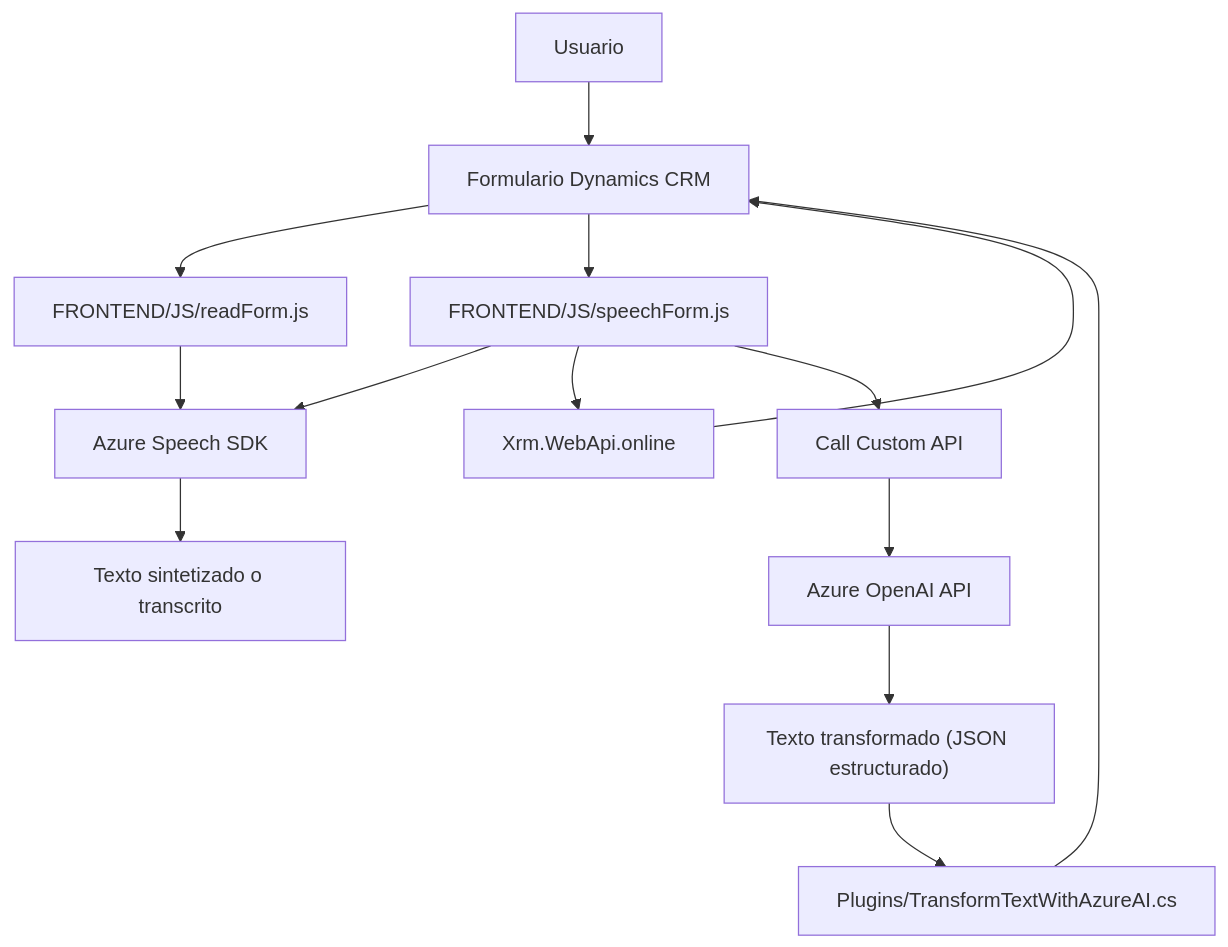
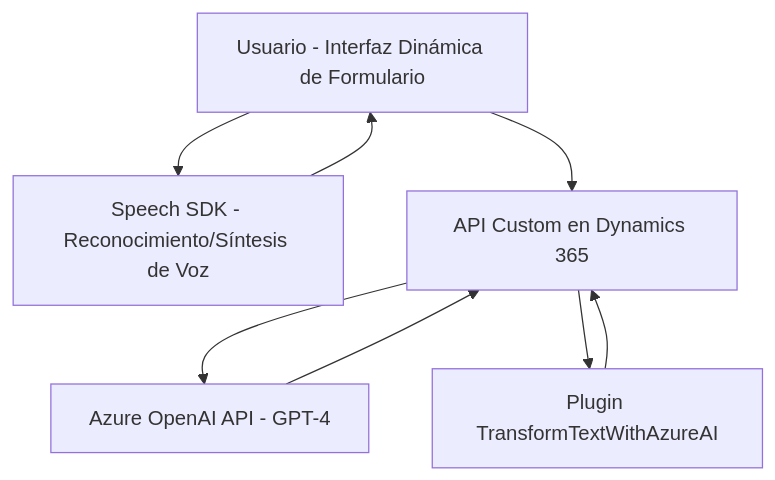
The diagram in README.md (blopezdm/NETCORE_BILBAO2025), drawn with Mermaid before and after one commit. The commit also changed other lines of this file, not shown here.

````diff
--- a/README.md
+++ b/README.md
@@ -47,21 +56,16 @@
 ```mermaid
 graph TD
-  A["Usuario"] --> B["Formulario Dynamics CRM"]
-  B --> C["FRONTEND/JS/readForm.js"]
-  B --> D["FRONTEND/JS/speechForm.js"]
-  
-  D --> E["Azure Speech SDK"]
-  C --> E
+    A["Usuario - Interfaz Dinámica de Formulario"]
+    B["Speech SDK - Reconocimiento/Síntesis de Voz"]
+    C["Azure OpenAI API - GPT-4"]
+    D["API Custom en Dynamics 365"]
+    E["Plugin TransformTextWithAzureAI"]
 
-  E --> F["Texto sintetizado o transcrito"]
-
-  D --> G["Xrm.WebApi.online"]
-  G --> B
-
-  D --> H["Call Custom API"]
-  H --> I["Azure OpenAI API"]
-
-  I --> J["Texto transformado (JSON estructurado)"]
-  J --> K["Plugins/TransformTextWithAzureAI.cs"]
-  K --> B
+    A --> B
+    A --> D
+    B --> A
+    D --> C
+    C --> D
+    D --> E
+    E --> D
 ```
````
